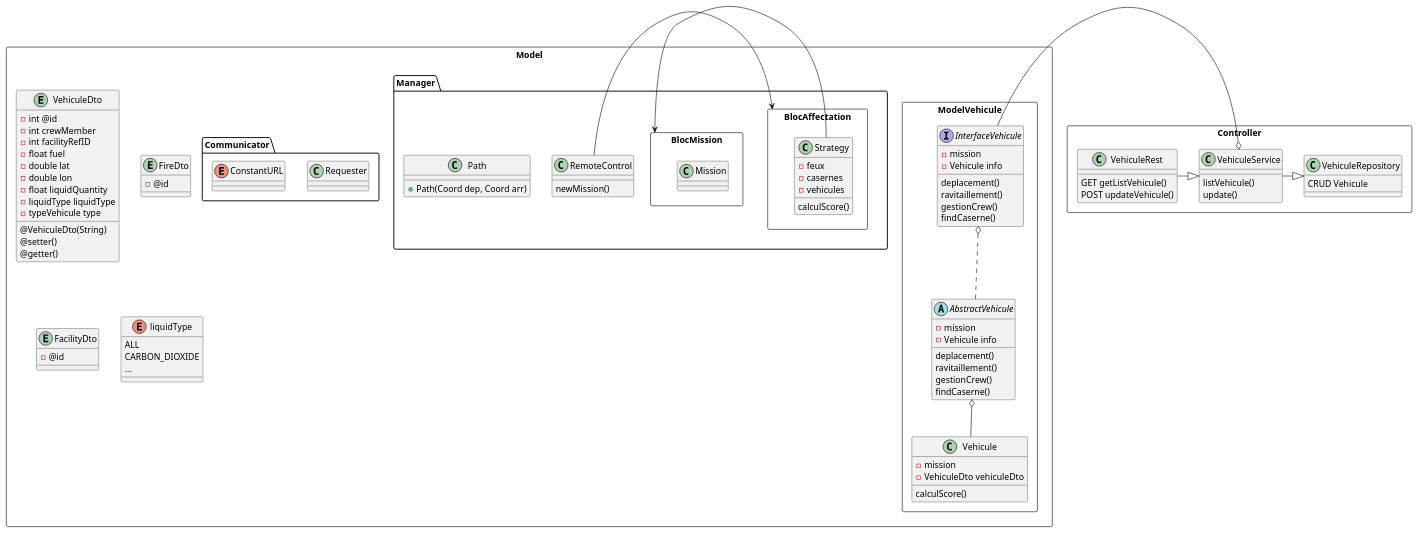
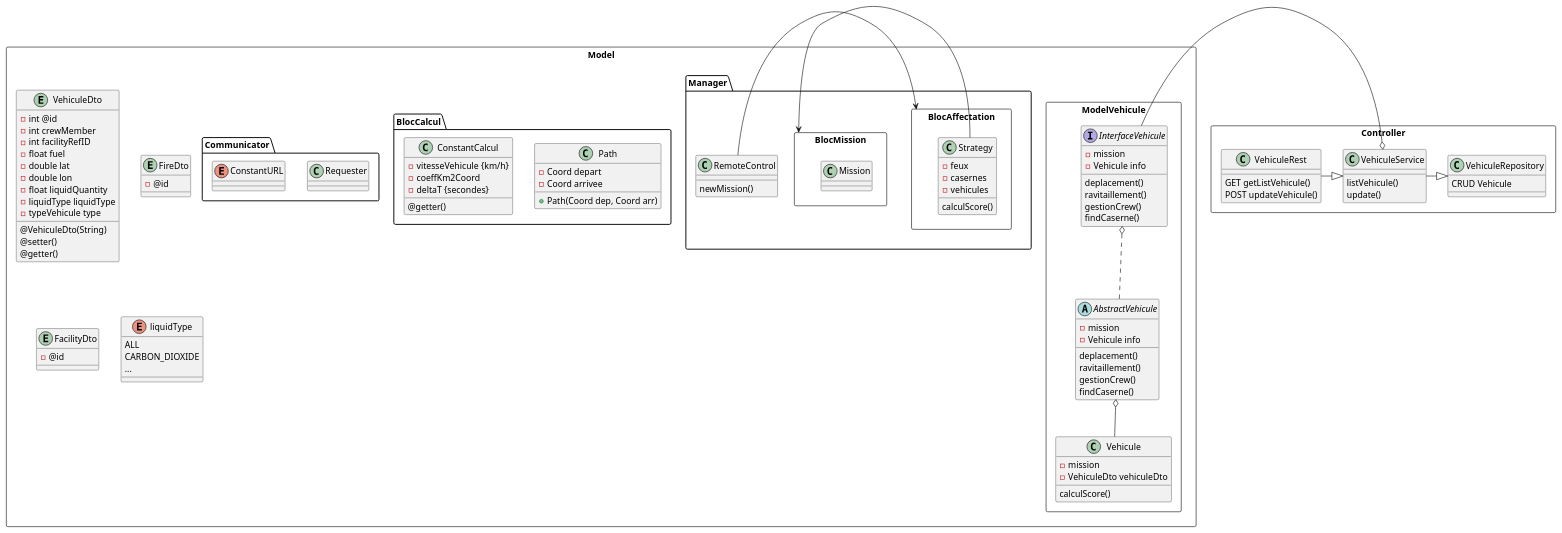
One commit to Elliot-Garcia/Projet_Majeure changed the diagram in architecture.plantuml. Above: the diagram before and after it, drawn with PlantUML. The commit also changed 3 other files, not shown here.

```diff
--- a/architecture.plantuml
+++ b/architecture.plantuml
@@ -1,130 +1,141 @@
 @startuml
 
 package Model <<Rectangle>> {
     entity VehiculeDto {
       - int @id
       - int crewMember
       - int facilityRefID
       - float fuel
       - double lat
       - double lon
       - float liquidQuantity
       - liquidType liquidType
       - typeVehicule type
 
         @VehiculeDto(String)
       @setter()
       @getter()
     }
 
     entity FireDto {
         - @id
     }
     entity FacilityDto {
         - @id
     }
 
     enum liquidType {
         ALL
         CARBON_DIOXIDE
         ...
     }
 
     package ModelVehicule <<rectangle>> {
         interface InterfaceVehicule {
             - mission
             - Vehicule info
             deplacement()
             ravitaillement()
             gestionCrew()
             findCaserne()
         }
 
         abstract AbstractVehicule {
             - mission
             - Vehicule info
             deplacement()
             ravitaillement()
             gestionCrew()
             findCaserne()
         }
 
         class Vehicule {
             - mission
             - VehiculeDto vehiculeDto
             calculScore()
         }
 
         InterfaceVehicule o.. AbstractVehicule
         AbstractVehicule o-- Vehicule
     }
 
     package Manager <<Folder>> {
 
         class RemoteControl {
             newMission()
         }
 
         package BlocAffectation <<rectangle>> {
             class Strategy {
                 - feux
                 - casernes
                 - vehicules
                 calculScore()
             }
         }
 
         package BlocMission <<rectangle>> {
             class Mission {
             }
         }
 
+        RemoteControl -> BlocAffectation
+        Strategy -> BlocMission
+
+    }
+
+    package BlocCalcul <<Folder>> {
         class Path {
+            - Coord depart
+            - Coord arrivee
             + Path(Coord dep, Coord arr)
         }
 
-        RemoteControl -> BlocAffectation
-        Strategy -> BlocMission
-
+        class ConstantCalcul {
+            - vitesseVehicule {km/h}
+            - coeffKm2Coord
+            - deltaT {secondes}
+            @getter()
+        }
     }
 
     package Communicator <<Folder>> {
 
         class Requester {
 
         }
 
         enum ConstantURL {
 
         }
 
     }
 
 }
 
 package Controller <<Rectangle>> {
 
     class VehiculeRepository {
         CRUD Vehicule
     }
 
     class VehiculeService {
         listVehicule()
         update()
     }
 
     class VehiculeRest {
         GET getListVehicule()
         POST updateVehicule()
     }
 
     VehiculeRest -|> VehiculeService
     VehiculeService -|> VehiculeRepository
 
     VehiculeService o- InterfaceVehicule
 
 }
 
 
 
 @enduml
```
